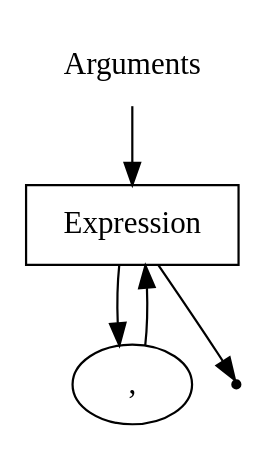
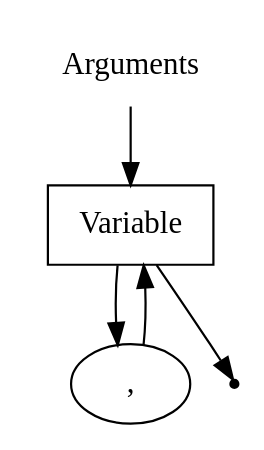
Before and after one commit to EgorGoluzin/DSL: the diagram in DSLTools/examples/RBNFEXPRESSIONSTESTRULES/wirth/Arguments.gv, drawn with Graphviz. The commit also changed 8 other files, not shown here.

```diff
--- a/DSLTools/examples/RBNFEXPRESSIONSTESTRULES/wirth/Arguments.gv
+++ b/DSLTools/examples/RBNFEXPRESSIONSTESTRULES/wirth/Arguments.gv
@@ -1,10 +1,10 @@
 digraph Arguments {
   start [label="Arguments" shape=plaintext];
-  A [label="Expression" shape=box];
+  A [label="Variable" shape=box];
   B [label="," shape=oval];
   end [label="" shape=point];
   start -> A;
   A -> B;
   A -> end;
   B -> A;
 }
```
